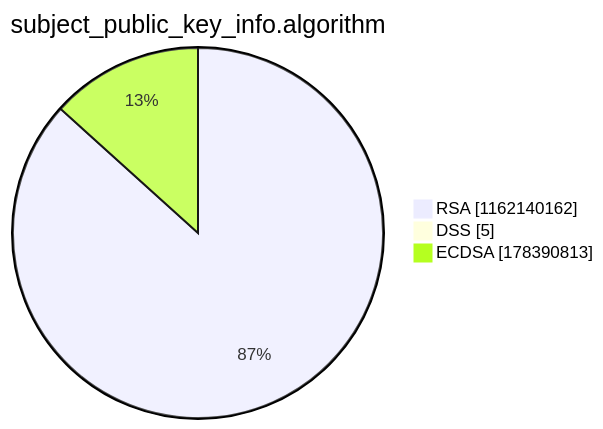
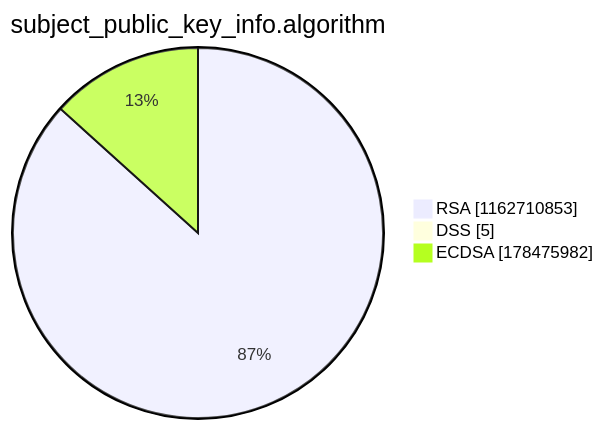
Before and after one commit to christiankrug/ctmonitor_visualization: the third of 15 diagrams in argon2022/README.md, drawn with Mermaid. The commit also changed other lines of this file, not shown here.

````diff
--- a/argon2022/README.md
+++ b/argon2022/README.md
@@ -14,7 +14,7 @@
 ```mermaid
 pie showData
 title subject_public_key_info.algorithm
-"RSA" :1162140162
+"RSA" :1162710853
 "DSS" :5
-"ECDSA" :178390813
+"ECDSA" :178475982
 ```
````
